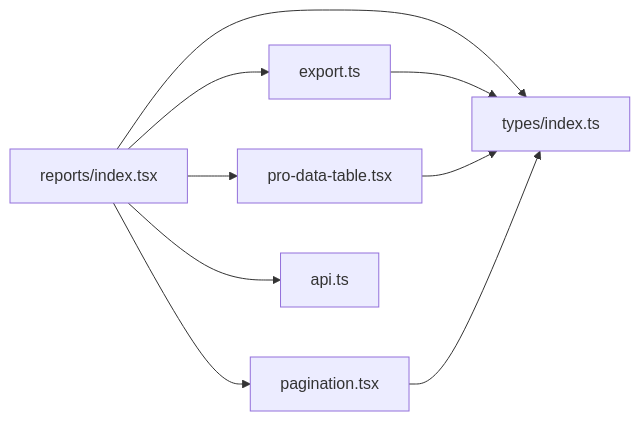
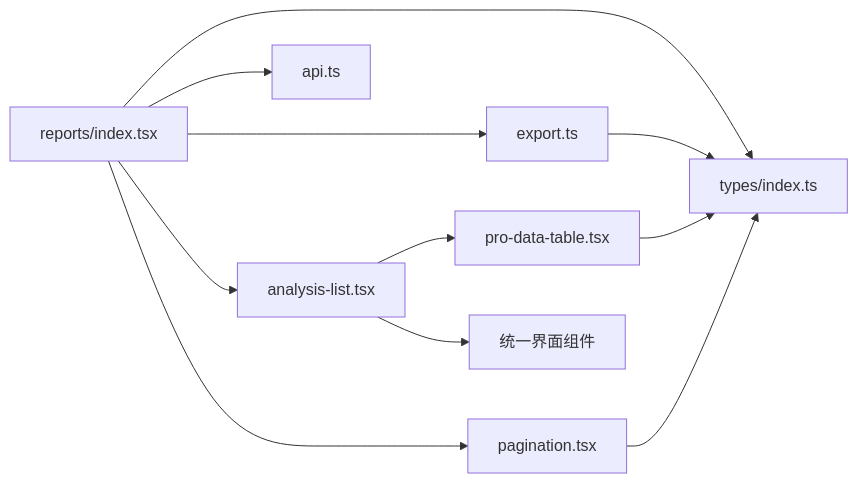
The third of 3 diagrams in .qoder/repowiki/zh/content/页面组件/报表中心页面.md (Damao997/newproject), drawn with Mermaid before and after one commit. The commit also changed other lines of this file and 40 other files, not shown here.

First line of the commit message:
feat(dashboard/inventory): 仪表板与存货模块真实数据接入及图表卡片拆分

````diff
--- a/.qoder/repowiki/zh/content/页面组件/报表中心页面.md
+++ b/.qoder/repowiki/zh/content/页面组件/报表中心页面.md
@@ -225,11 +283,13 @@
 ```mermaid
 graph LR
-R["reports/index.tsx"] --> PD["pro-data-table.tsx"]
+R["reports/index.tsx"] --> AL["analysis-list.tsx"]
+AL --> PD["pro-data-table.tsx"]
 R --> PG["pagination.tsx"]
 R --> EX["export.ts"]
 R --> AP["api.ts"]
 R --> TY["types/index.ts"]
+AL --> UC["统一界面组件"]
 EX --> TY
 PD --> TY
 PG --> TY
 ```
````
